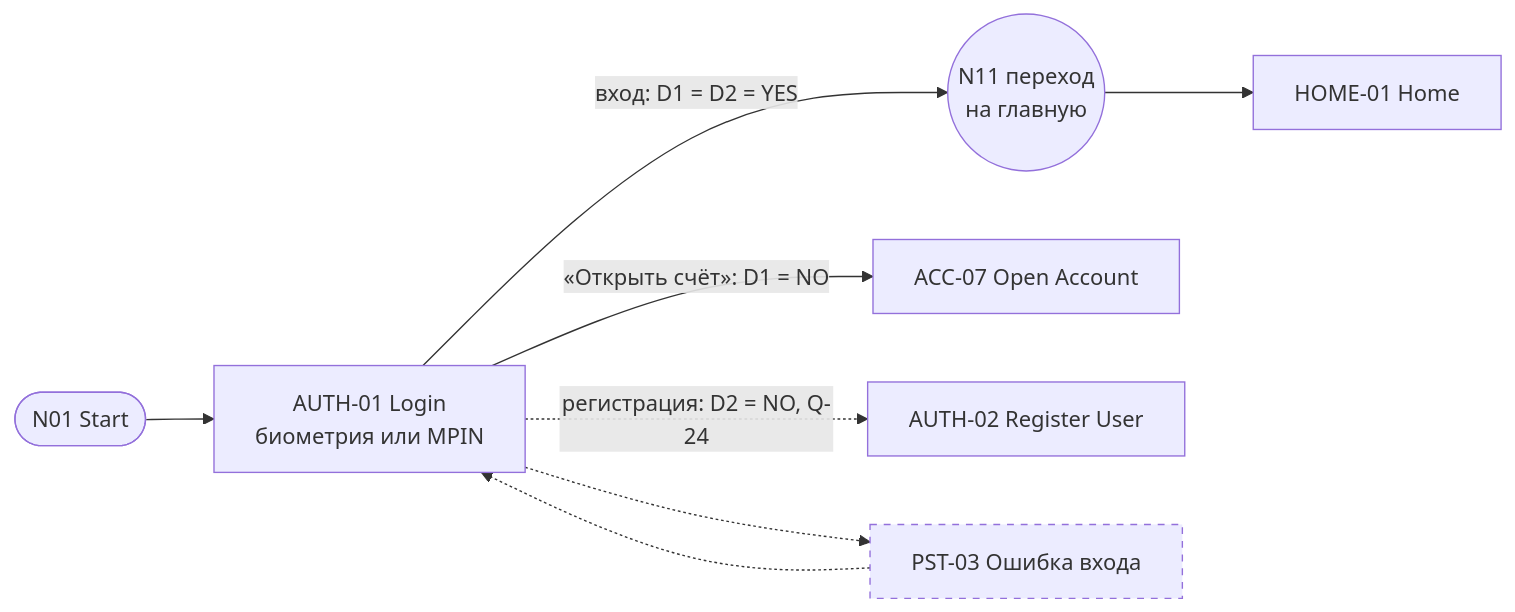
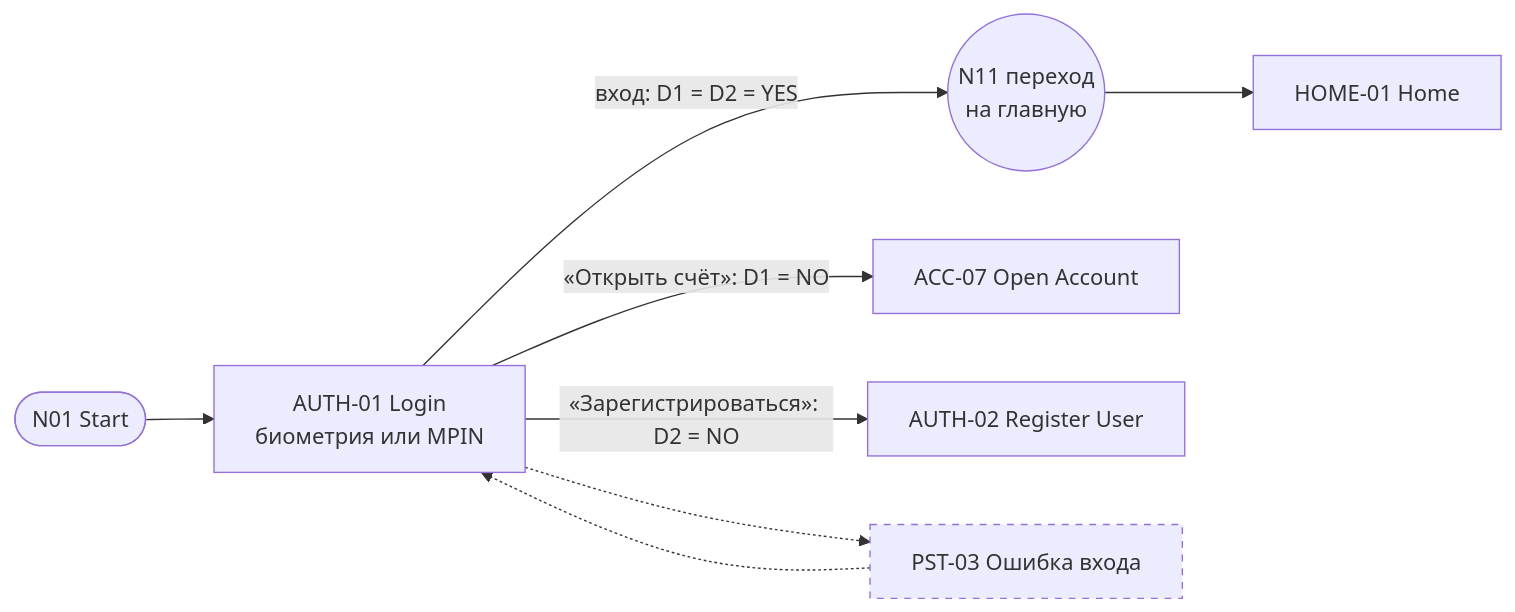
Before and after one commit to Shustrjak/claude_repo: the first of 7 diagrams in docs/ui/USER_FLOWS.md, drawn with Mermaid. The commit also changed other lines of this file and 6 other files, not shown here.

````diff
--- a/docs/ui/USER_FLOWS.md
+++ b/docs/ui/USER_FLOWS.md
@@ -34,12 +40,12 @@
 ```mermaid
 flowchart LR
   START([N01 Start]) --> AUTH01[AUTH-01 Login<br/>биометрия или MPIN]
   AUTH01 -- "вход: D1 = D2 = YES" --> T11((N11 переход<br/>на главную))
   T11 --> HOME01[HOME-01 Home]
   AUTH01 -- "«Открыть счёт»: D1 = NO" --> ACC07[ACC-07 Open Account]
-  AUTH01 -. "регистрация: D2 = NO, Q-24" .-> AUTH02[AUTH-02 Register User]
+  AUTH01 -- "«Зарегистрироваться»: D2 = NO" --> AUTH02[AUTH-02 Register User]
   AUTH01 -.-> PST03[PST-03 Ошибка входа]
   PST03 -.-> AUTH01
   classDef proposed stroke-dasharray: 5 5
   class PST03 proposed
 ```
````
